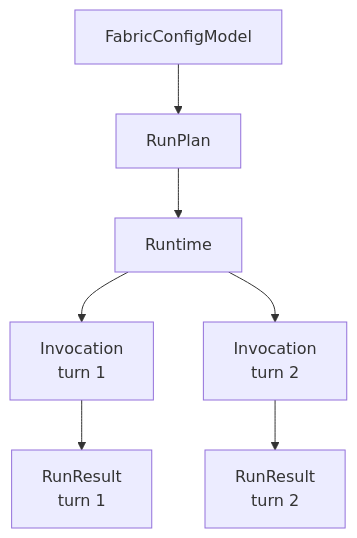
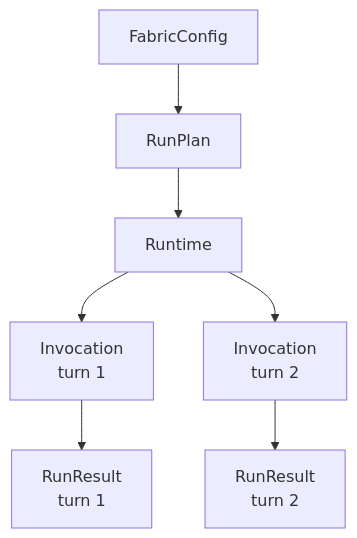
The diagram in docs/sdk/python.mdx (NVIDIA/NeMo-Fabric), drawn with Mermaid before and after one commit. The commit also changed other lines of this file and 14 other files, not shown here.

Commit message:
Use one public config model hierarchy

````diff
--- a/docs/sdk/python.mdx
+++ b/docs/sdk/python.mdx
@@ -81,15 +81,15 @@
 ```mermaid
 flowchart TB
-  Config["FabricConfigModel"]
+  Config["FabricConfig"]
   Plan["RunPlan"]
   Runtime["Runtime"]
   Invoke1["Invocation<br/>turn 1"]
   Invoke2["Invocation<br/>turn 2"]
   Result1["RunResult<br/>turn 1"]
   Result2["RunResult<br/>turn 2"]
 
   Config --> Plan
   Plan --> Runtime
   Runtime --> Invoke1 --> Result1
   Runtime --> Invoke2 --> Result2
 ```
````
